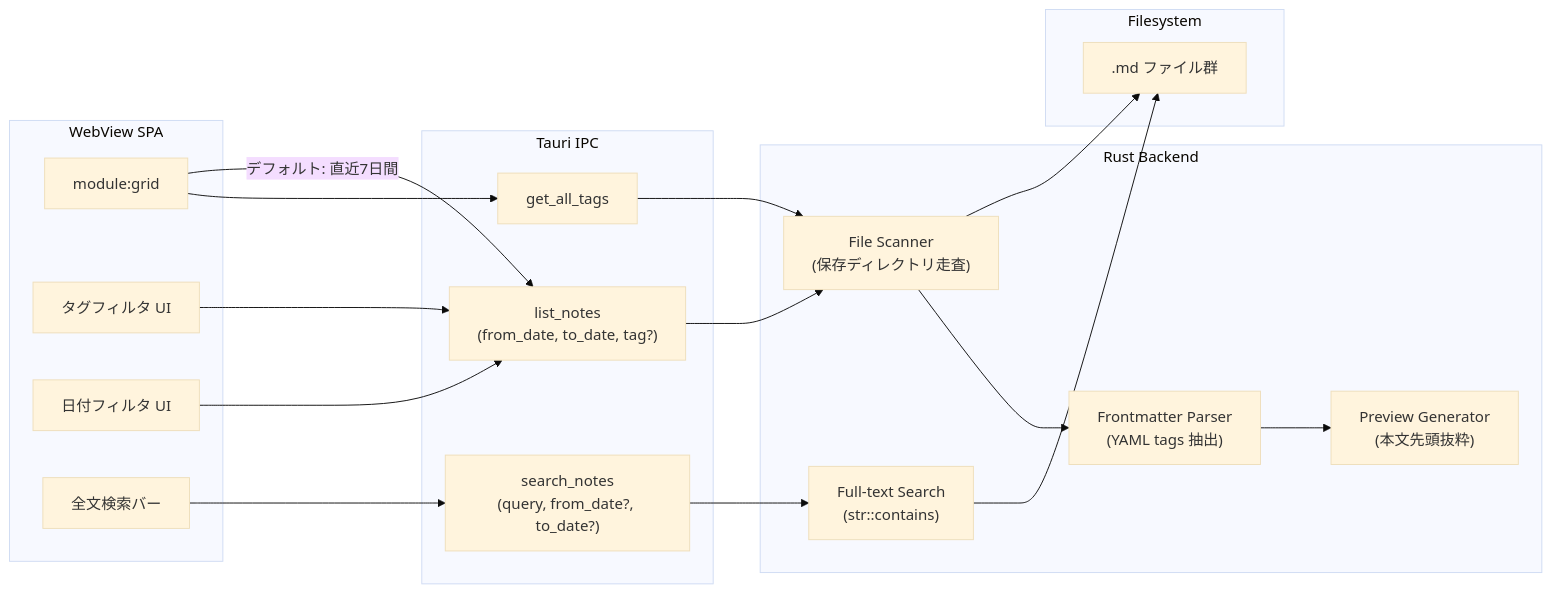
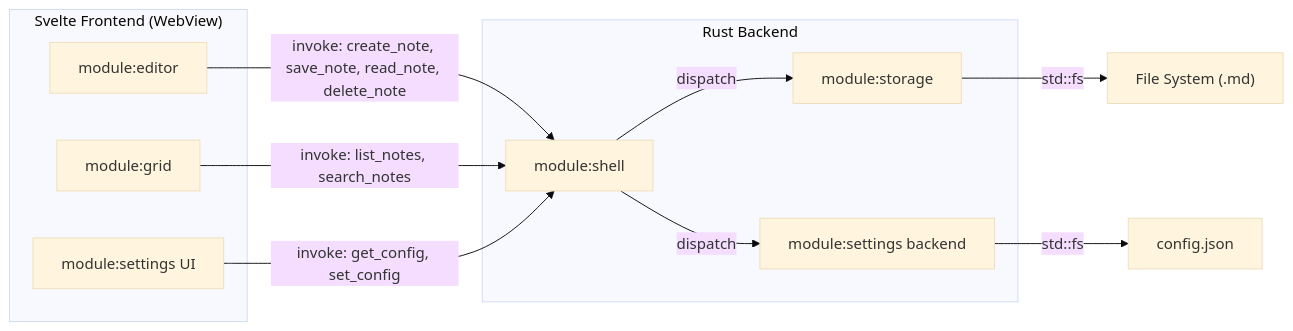
The third of 3 diagrams in docs/detailed_design/component_architecture.md (dev-komenzar/prompt-notes), drawn with Mermaid (base theme) before and after one commit. The commit also changed other lines of this file and 6 other files, not shown here.

First line of the commit message:
Resolve OQ-001: adopt Svelte as frontend framework

````diff
--- a/docs/detailed_design/component_architecture.md
+++ b/docs/detailed_design/component_architecture.md
@@ -227,41 +158,22 @@
 ```mermaid
-flowchart LR
-    subgraph Frontend["WebView SPA"]
-        GridUI["module:grid"]
-        TagFilter["タグフィルタ UI"]
-        DateFilter["日付フィルタ UI"]
-        SearchBar["全文検索バー"]
-    end
-
-    subgraph IPC["Tauri IPC"]
-        list_notes["list_notes<br/>(from_date, to_date, tag?)"]
-        search_notes["search_notes<br/>(query, from_date?, to_date?)"]
-        get_all_tags["get_all_tags"]
+graph LR
+    subgraph Frontend["Svelte Frontend (WebView)"]
+        E["module:editor"]
+        G["module:grid"]
+        SU["module:settings UI"]
     end
 
     subgraph Backend["Rust Backend"]
-        Scanner["File Scanner<br/>(保存ディレクトリ走査)"]
-        FMParser["Frontmatter Parser<br/>(YAML tags 抽出)"]
-        Preview["Preview Generator<br/>(本文先頭抜粋)"]
-        FullSearch["Full-text Search<br/>(str::contains)"]
+        SH["module:shell"]
+        ST["module:storage"]
+        SC["module:settings backend"]
     end
 
-    subgraph FS["Filesystem"]
-        MDFiles[".md ファイル群"]
-    end
-
-    GridUI -->|デフォルト: 直近7日間| list_notes
-    TagFilter --> list_notes
-    DateFilter --> list_notes
-    SearchBar --> search_notes
-    GridUI --> get_all_tags
-
-    list_notes --> Scanner
-    search_notes --> FullSearch
-    get_all_tags --> Scanner
-
-    Scanner --> MDFiles
-    FullSearch --> MDFiles
-    Scanner --> FMParser
-    FMParser --> Preview
+    E -->|"invoke: create_note, save_note, read_note, delete_note"| SH
+    G -->|"invoke: list_notes, search_notes"| SH
+    SU -->|"invoke: get_config, set_config"| SH
+    SH -->|dispatch| ST
+    SH -->|dispatch| SC
+    ST -->|"std::fs"| FS["File System (.md)"]
+    SC -->|"std::fs"| CF["config.json"]
 ```
````
